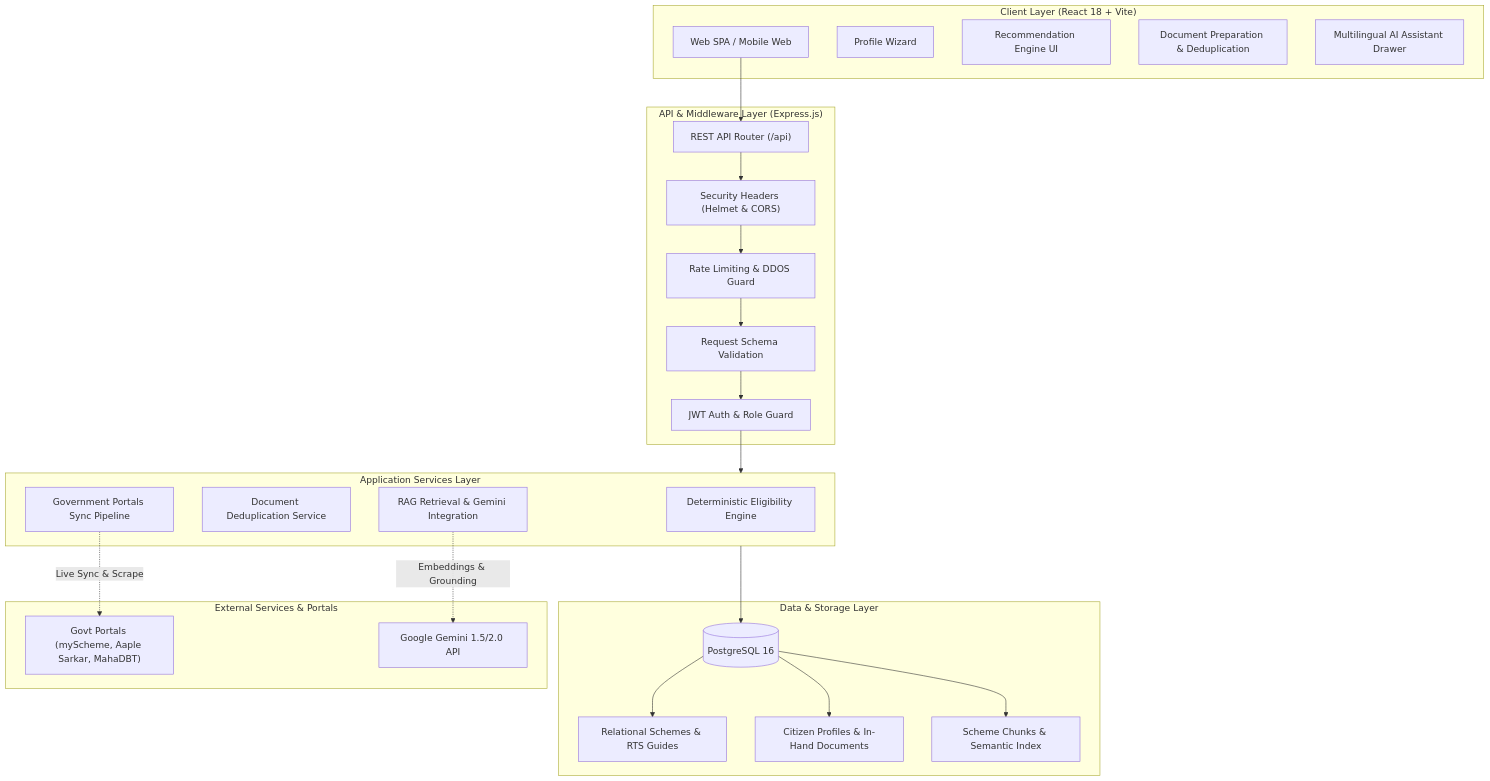
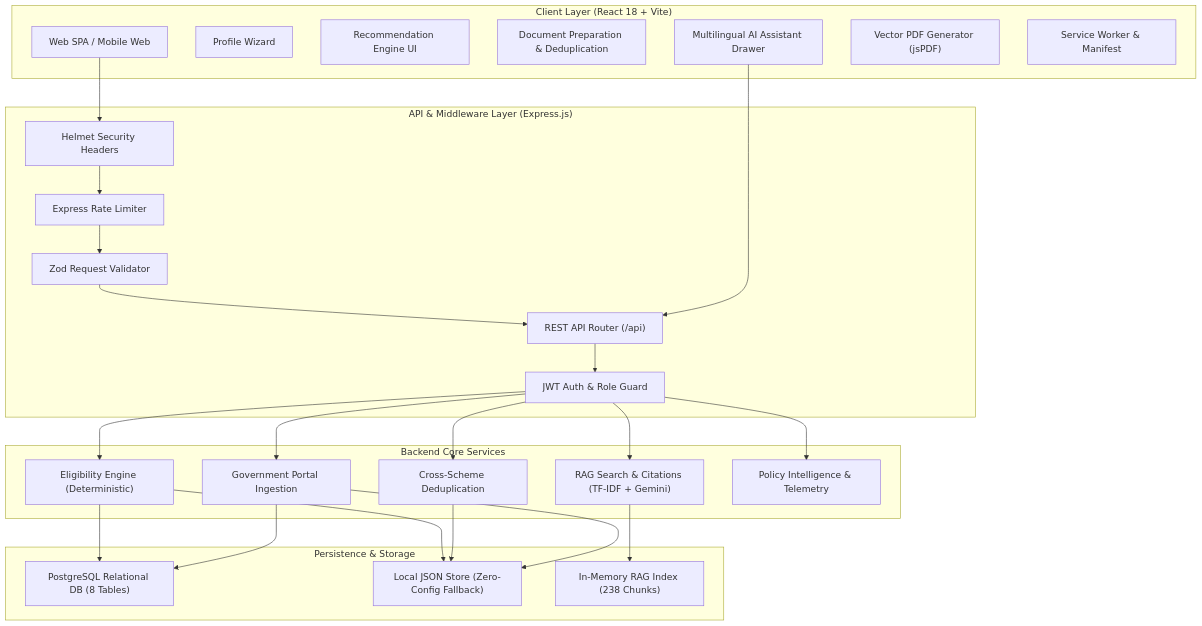
Before and after one commit to dharshanmende-afk/jansahay: the diagram in README.md, drawn with Mermaid. The commit also changed other lines of this file and 235 other files, not shown here.

````diff
--- a/README.md
+++ b/README.md
@@ -48,47 +48,50 @@
 ```mermaid
 flowchart TD
     subgraph Client ["Client Layer (React 18 + Vite)"]
         UI["Web SPA / Mobile Web"]
         PW["Profile Wizard"]
         Rec["Recommendation Engine UI"]
         DocPrep["Document Preparation & Deduplication"]
         AIDrawer["Multilingual AI Assistant Drawer"]
+        PDF["Vector PDF Generator (jsPDF)"]
+        PWA["Service Worker & Manifest"]
     end
 
     subgraph API_Gateway ["API & Middleware Layer (Express.js)"]
         Router["REST API Router (/api)"]
         AuthMid["JWT Auth & Role Guard"]
-        RateLimiter["Rate Limiting & DDOS Guard"]
-        SecHeaders["Security Headers (Helmet & CORS)"]
-        ZodVal["Request Schema Validation"]
+        ValMid["Zod Request Validator"]
+        RateLim["Express Rate Limiter"]
+        HelmetMid["Helmet Security Headers"]
     end
 
-    subgraph Services ["Application Services Layer"]
-        EligSvc["Deterministic Eligibility Engine"]
-        DocSvc["Document Deduplication Service"]
-        GovSync["Government Portals Sync Pipeline"]
-        RAGSvc["RAG Retrieval & Gemini Integration"]
+    subgraph Core_Services ["Backend Core Services"]
+        EligEngine["Eligibility Engine (Deterministic)"]
+        DocService["Cross-Scheme Deduplication"]
+        RAGService["RAG Search & Citations (TF-IDF + Gemini)"]
+        GovSync["Government Portal Ingestion"]
+        Analytics["Policy Intelligence & Telemetry"]
     end
 
-    subgraph Data ["Data & Storage Layer"]
-        PG[("PostgreSQL 16")]
-        DocStore["Relational Schemes & RTS Guides"]
-        UserStore["Citizen Profiles & In-Hand Documents"]
-        VectorStore["Scheme Chunks & Semantic Index"]
+    subgraph Data_Layer ["Persistence & Storage"]
+        PG["PostgreSQL Relational DB (8 Tables)"]
+        LocalDB["Local JSON Store (Zero-Config Fallback)"]
+        VectorIdx["In-Memory RAG Index (238 Chunks)"]
     end
 
-    subgraph External ["External Services & Portals"]
-        GovPortals["Govt Portals (myScheme, Aaple Sarkar, MahaDBT)"]
-        GeminiAPI["Google Gemini 1.5/2.0 API"]
-    end
+    UI --> HelmetMid --> RateLim --> ValMid --> Router
+    AIDrawer --> Router
+    Router --> AuthMid
+    AuthMid --> EligEngine
+    AuthMid --> DocService
+    AuthMid --> RAGService
+    AuthMid --> GovSync
+    AuthMid --> Analytics
 
-    UI --> Router
-    Router --> SecHeaders --> RateLimiter --> ZodVal --> AuthMid
-    AuthMid --> Services
-    Services --> PG
-    PG --> DocStore
-    PG --> UserStore
-    PG --> VectorStore
-    GovSync -.->|Live Sync & Scrape| GovPortals
-    RAGSvc -.->|Embeddings & Grounding| GeminiAPI
+    EligEngine --> PG
+    EligEngine --> LocalDB
+    DocService --> LocalDB
+    RAGService --> VectorIdx
+    GovSync --> PG
+    GovSync --> LocalDB
 ```
````
